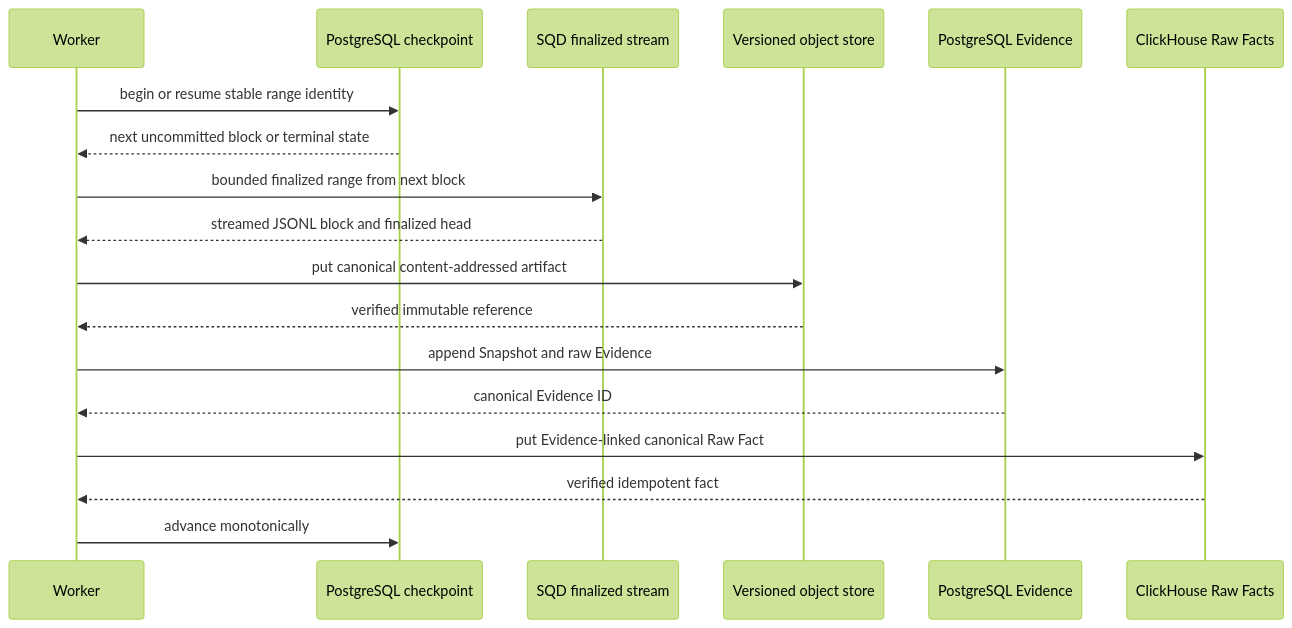
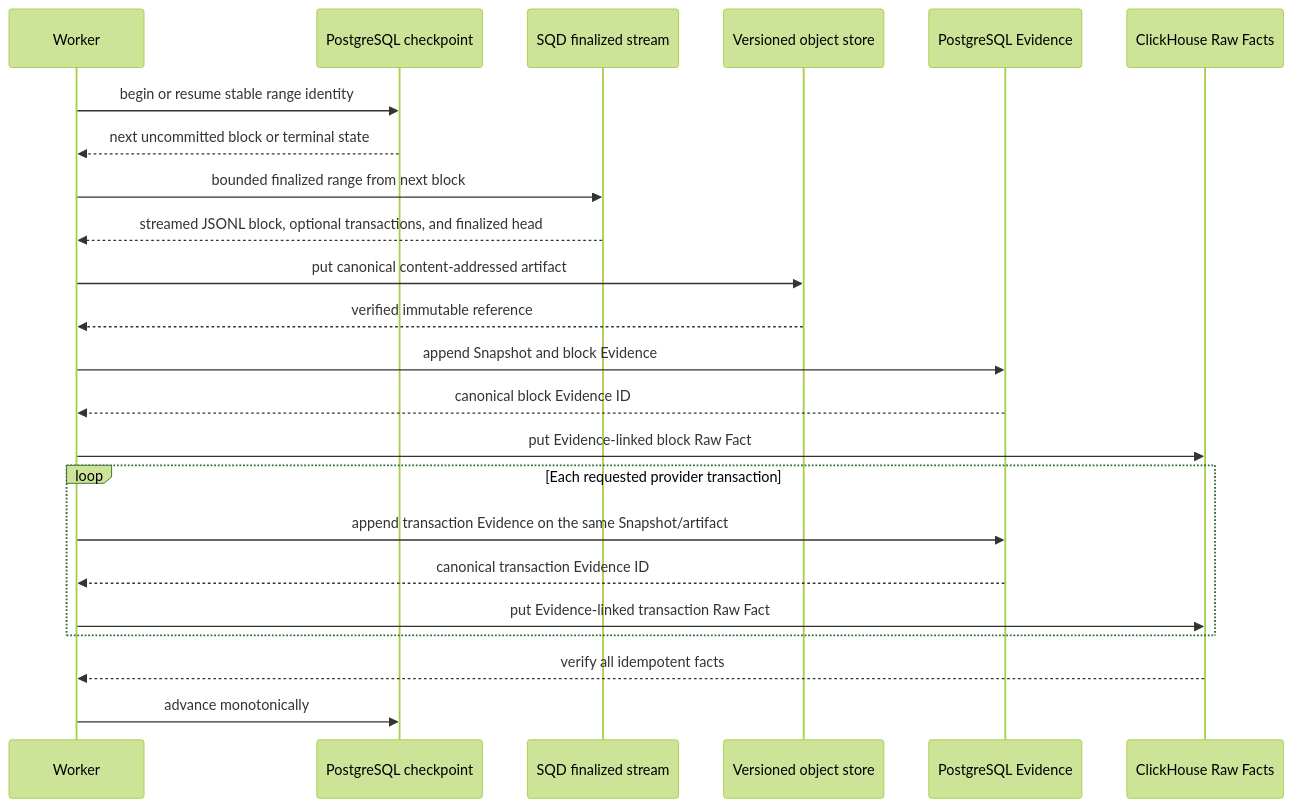
One commit to greywolf8888/ZeroTrace changed the third of 3 diagrams in docs/architecture/ARCHITECTURE.md. Above: the diagram before and after it, drawn with Mermaid (forest theme). The commit also changed other lines of this file and 23 other files, not shown here.

Commit message:
feat: ingest finalized raw transactions

````diff
--- a/docs/architecture/ARCHITECTURE.md
+++ b/docs/architecture/ARCHITECTURE.md
@@ -206,21 +207,26 @@
 ```mermaid
 sequenceDiagram
   participant Worker
   participant Checkpoint as PostgreSQL checkpoint
   participant SQD as SQD finalized stream
   participant Object as Versioned object store
   participant Evidence as PostgreSQL Evidence
   participant Facts as ClickHouse Raw Facts
 
   Worker->>Checkpoint: begin or resume stable range identity
   Checkpoint-->>Worker: next uncommitted block or terminal state
   Worker->>SQD: bounded finalized range from next block
-  SQD-->>Worker: streamed JSONL block and finalized head
+  SQD-->>Worker: streamed JSONL block, optional transactions, and finalized head
   Worker->>Object: put canonical content-addressed artifact
   Object-->>Worker: verified immutable reference
-  Worker->>Evidence: append Snapshot and raw Evidence
-  Evidence-->>Worker: canonical Evidence ID
-  Worker->>Facts: put Evidence-linked canonical Raw Fact
-  Facts-->>Worker: verified idempotent fact
+  Worker->>Evidence: append Snapshot and block Evidence
+  Evidence-->>Worker: canonical block Evidence ID
+  Worker->>Facts: put Evidence-linked block Raw Fact
+  loop Each requested provider transaction
+    Worker->>Evidence: append transaction Evidence on the same Snapshot/artifact
+    Evidence-->>Worker: canonical transaction Evidence ID
+    Worker->>Facts: put Evidence-linked transaction Raw Fact
+  end
+  Facts-->>Worker: verify all idempotent facts
   Worker->>Checkpoint: advance monotonically
 ```
````
